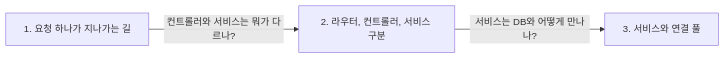
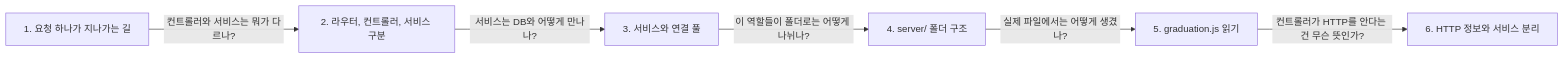
The first of 4 diagrams in 2026/November/11-03.md (ChildrenAon/TIL), drawn with Mermaid before and after one commit. The commit also changed other lines of this file and 3 other files, not shown here.

First line of the commit message:
til: 2026-11-03 server 폴더 구조, graduation.js 읽기, HTTP와 서비스 분리, JavaScript(require·화살표 함수·async/await)

````diff
--- a/2026/November/11-03.md
+++ b/2026/November/11-03.md
@@ -19,5 +27,8 @@
 ```mermaid
 flowchart LR
   A["1. 요청 하나가 지나가는 길"] -->|"컨트롤러와 서비스는 뭐가 다르나?"| B["2. 라우터, 컨트롤러, 서비스 구분"]
   B -->|"서비스는 DB와 어떻게 만나나?"| C["3. 서비스와 연결 풀"]
+  C -->|"이 역할들이 폴더로는 어떻게 나뉘나?"| D["4. server/ 폴더 구조"]
+  D -->|"실제 파일에서는 어떻게 생겼나?"| E["5. graduation.js 읽기"]
+  E -->|"컨트롤러가 HTTP를 안다는 건 무슨 뜻인가?"| F["6. HTTP 정보와 서비스 분리"]
 ```
````
